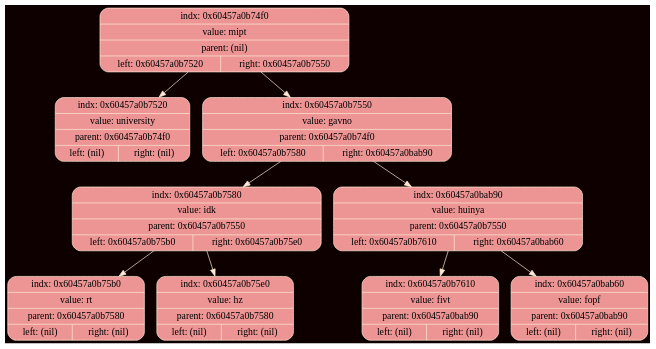
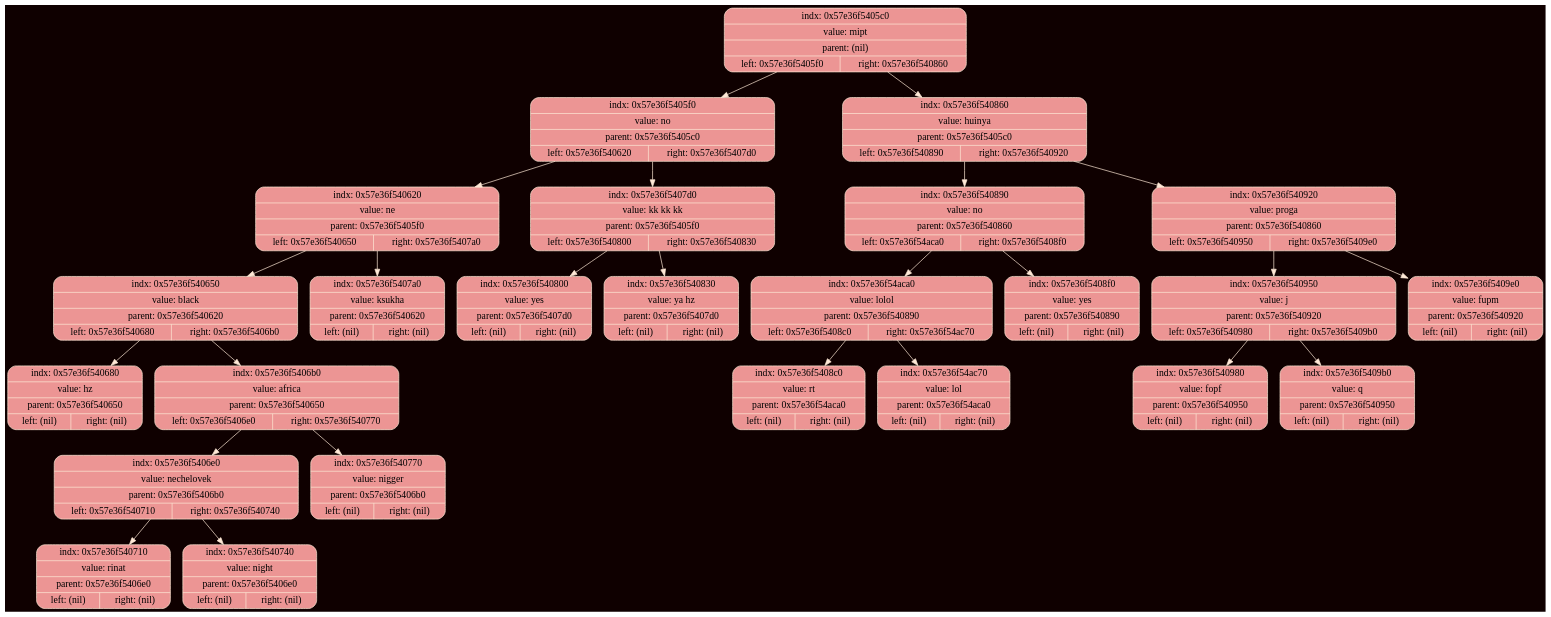
The diagram in debug/tree.dot (ksshkh/akinator), drawn with Graphviz before and after one commit. The commit also changed 11 other files, not shown here.

```diff
--- a/debug/tree.dot
+++ b/debug/tree.dot
@@ -1,23 +1,55 @@
 digraph Tree {
 	rankdir = TB;
 	node [shape = record];
-	edge[color = "#FEE8D6"];
+	edge [color = "#FEE8D6"];
 	bgcolor = "#0F0000";
-	node0x60457a0b74f0 [color = "#FEE8D6", shape = Mrecord, style = filled, fillcolor = "#EC9594", label = "{indx: 0x60457a0b74f0 | value: mipt | parent: (nil) | { left: 0x60457a0b7520 | right: 0x60457a0b7550}}"];
-		node0x60457a0b74f0 -> node0x60457a0b7520
-	node0x60457a0b7520 [color = "#FEE8D6", shape = Mrecord, style = filled, fillcolor = "#EC9594", label = "{indx: 0x60457a0b7520 | value: university | parent: 0x60457a0b74f0 | { left: (nil) | right: (nil)}}"];
-		node0x60457a0b74f0 -> node0x60457a0b7550
-	node0x60457a0b7550 [color = "#FEE8D6", shape = Mrecord, style = filled, fillcolor = "#EC9594", label = "{indx: 0x60457a0b7550 | value: gavno | parent: 0x60457a0b74f0 | { left: 0x60457a0b7580 | right: 0x60457a0bab90}}"];
-		node0x60457a0b7550 -> node0x60457a0b7580
-	node0x60457a0b7580 [color = "#FEE8D6", shape = Mrecord, style = filled, fillcolor = "#EC9594", label = "{indx: 0x60457a0b7580 | value: idk | parent: 0x60457a0b7550 | { left: 0x60457a0b75b0 | right: 0x60457a0b75e0}}"];
-		node0x60457a0b7580 -> node0x60457a0b75b0
-	node0x60457a0b75b0 [color = "#FEE8D6", shape = Mrecord, style = filled, fillcolor = "#EC9594", label = "{indx: 0x60457a0b75b0 | value: rt | parent: 0x60457a0b7580 | { left: (nil) | right: (nil)}}"];
-		node0x60457a0b7580 -> node0x60457a0b75e0
-	node0x60457a0b75e0 [color = "#FEE8D6", shape = Mrecord, style = filled, fillcolor = "#EC9594", label = "{indx: 0x60457a0b75e0 | value: hz | parent: 0x60457a0b7580 | { left: (nil) | right: (nil)}}"];
-		node0x60457a0b7550 -> node0x60457a0bab90
-	node0x60457a0bab90 [color = "#FEE8D6", shape = Mrecord, style = filled, fillcolor = "#EC9594", label = "{indx: 0x60457a0bab90 | value: huinya | parent: 0x60457a0b7550 | { left: 0x60457a0b7610 | right: 0x60457a0bab60}}"];
-		node0x60457a0bab90 -> node0x60457a0b7610
-	node0x60457a0b7610 [color = "#FEE8D6", shape = Mrecord, style = filled, fillcolor = "#EC9594", label = "{indx: 0x60457a0b7610 | value: fivt | parent: 0x60457a0bab90 | { left: (nil) | right: (nil)}}"];
-		node0x60457a0bab90 -> node0x60457a0bab60
-	node0x60457a0bab60 [color = "#FEE8D6", shape = Mrecord, style = filled, fillcolor = "#EC9594", label = "{indx: 0x60457a0bab60 | value: fopf | parent: 0x60457a0bab90 | { left: (nil) | right: (nil)}}"];
+	node0x57e36f5405c0 [color = "#FEE8D6", shape = Mrecord, style = filled, fillcolor = "#EC9594", label = "{indx: 0x57e36f5405c0 | value: mipt | parent: (nil) | { left: 0x57e36f5405f0 | right: 0x57e36f540860}}"];
+		node0x57e36f5405c0 -> node0x57e36f5405f0
+	node0x57e36f5405f0 [color = "#FEE8D6", shape = Mrecord, style = filled, fillcolor = "#EC9594", label = "{indx: 0x57e36f5405f0 | value: no | parent: 0x57e36f5405c0 | { left: 0x57e36f540620 | right: 0x57e36f5407d0}}"];
+		node0x57e36f5405f0 -> node0x57e36f540620
+	node0x57e36f540620 [color = "#FEE8D6", shape = Mrecord, style = filled, fillcolor = "#EC9594", label = "{indx: 0x57e36f540620 | value: ne | parent: 0x57e36f5405f0 | { left: 0x57e36f540650 | right: 0x57e36f5407a0}}"];
+		node0x57e36f540620 -> node0x57e36f540650
+	node0x57e36f540650 [color = "#FEE8D6", shape = Mrecord, style = filled, fillcolor = "#EC9594", label = "{indx: 0x57e36f540650 | value: black | parent: 0x57e36f540620 | { left: 0x57e36f540680 | right: 0x57e36f5406b0}}"];
+		node0x57e36f540650 -> node0x57e36f540680
+	node0x57e36f540680 [color = "#FEE8D6", shape = Mrecord, style = filled, fillcolor = "#EC9594", label = "{indx: 0x57e36f540680 | value: hz | parent: 0x57e36f540650 | { left: (nil) | right: (nil)}}"];
+		node0x57e36f540650 -> node0x57e36f5406b0
+	node0x57e36f5406b0 [color = "#FEE8D6", shape = Mrecord, style = filled, fillcolor = "#EC9594", label = "{indx: 0x57e36f5406b0 | value: africa | parent: 0x57e36f540650 | { left: 0x57e36f5406e0 | right: 0x57e36f540770}}"];
+		node0x57e36f5406b0 -> node0x57e36f5406e0
+	node0x57e36f5406e0 [color = "#FEE8D6", shape = Mrecord, style = filled, fillcolor = "#EC9594", label = "{indx: 0x57e36f5406e0 | value: nechelovek | parent: 0x57e36f5406b0 | { left: 0x57e36f540710 | right: 0x57e36f540740}}"];
+		node0x57e36f5406e0 -> node0x57e36f540710
+	node0x57e36f540710 [color = "#FEE8D6", shape = Mrecord, style = filled, fillcolor = "#EC9594", label = "{indx: 0x57e36f540710 | value: rinat | parent: 0x57e36f5406e0 | { left: (nil) | right: (nil)}}"];
+		node0x57e36f5406e0 -> node0x57e36f540740
+	node0x57e36f540740 [color = "#FEE8D6", shape = Mrecord, style = filled, fillcolor = "#EC9594", label = "{indx: 0x57e36f540740 | value: night | parent: 0x57e36f5406e0 | { left: (nil) | right: (nil)}}"];
+		node0x57e36f5406b0 -> node0x57e36f540770
+	node0x57e36f540770 [color = "#FEE8D6", shape = Mrecord, style = filled, fillcolor = "#EC9594", label = "{indx: 0x57e36f540770 | value: nigger | parent: 0x57e36f5406b0 | { left: (nil) | right: (nil)}}"];
+		node0x57e36f540620 -> node0x57e36f5407a0
+	node0x57e36f5407a0 [color = "#FEE8D6", shape = Mrecord, style = filled, fillcolor = "#EC9594", label = "{indx: 0x57e36f5407a0 | value: ksukha | parent: 0x57e36f540620 | { left: (nil) | right: (nil)}}"];
+		node0x57e36f5405f0 -> node0x57e36f5407d0
+	node0x57e36f5407d0 [color = "#FEE8D6", shape = Mrecord, style = filled, fillcolor = "#EC9594", label = "{indx: 0x57e36f5407d0 | value: kk kk kk | parent: 0x57e36f5405f0 | { left: 0x57e36f540800 | right: 0x57e36f540830}}"];
+		node0x57e36f5407d0 -> node0x57e36f540800
+	node0x57e36f540800 [color = "#FEE8D6", shape = Mrecord, style = filled, fillcolor = "#EC9594", label = "{indx: 0x57e36f540800 | value: yes | parent: 0x57e36f5407d0 | { left: (nil) | right: (nil)}}"];
+		node0x57e36f5407d0 -> node0x57e36f540830
+	node0x57e36f540830 [color = "#FEE8D6", shape = Mrecord, style = filled, fillcolor = "#EC9594", label = "{indx: 0x57e36f540830 | value: ya hz | parent: 0x57e36f5407d0 | { left: (nil) | right: (nil)}}"];
+		node0x57e36f5405c0 -> node0x57e36f540860
+	node0x57e36f540860 [color = "#FEE8D6", shape = Mrecord, style = filled, fillcolor = "#EC9594", label = "{indx: 0x57e36f540860 | value: huinya | parent: 0x57e36f5405c0 | { left: 0x57e36f540890 | right: 0x57e36f540920}}"];
+		node0x57e36f540860 -> node0x57e36f540890
+	node0x57e36f540890 [color = "#FEE8D6", shape = Mrecord, style = filled, fillcolor = "#EC9594", label = "{indx: 0x57e36f540890 | value: no | parent: 0x57e36f540860 | { left: 0x57e36f54aca0 | right: 0x57e36f5408f0}}"];
+		node0x57e36f540890 -> node0x57e36f54aca0
+	node0x57e36f54aca0 [color = "#FEE8D6", shape = Mrecord, style = filled, fillcolor = "#EC9594", label = "{indx: 0x57e36f54aca0 | value: lolol | parent: 0x57e36f540890 | { left: 0x57e36f5408c0 | right: 0x57e36f54ac70}}"];
+		node0x57e36f54aca0 -> node0x57e36f5408c0
+	node0x57e36f5408c0 [color = "#FEE8D6", shape = Mrecord, style = filled, fillcolor = "#EC9594", label = "{indx: 0x57e36f5408c0 | value: rt | parent: 0x57e36f54aca0 | { left: (nil) | right: (nil)}}"];
+		node0x57e36f54aca0 -> node0x57e36f54ac70
+	node0x57e36f54ac70 [color = "#FEE8D6", shape = Mrecord, style = filled, fillcolor = "#EC9594", label = "{indx: 0x57e36f54ac70 | value: lol | parent: 0x57e36f54aca0 | { left: (nil) | right: (nil)}}"];
+		node0x57e36f540890 -> node0x57e36f5408f0
+	node0x57e36f5408f0 [color = "#FEE8D6", shape = Mrecord, style = filled, fillcolor = "#EC9594", label = "{indx: 0x57e36f5408f0 | value: yes | parent: 0x57e36f540890 | { left: (nil) | right: (nil)}}"];
+		node0x57e36f540860 -> node0x57e36f540920
+	node0x57e36f540920 [color = "#FEE8D6", shape = Mrecord, style = filled, fillcolor = "#EC9594", label = "{indx: 0x57e36f540920 | value: proga | parent: 0x57e36f540860 | { left: 0x57e36f540950 | right: 0x57e36f5409e0}}"];
+		node0x57e36f540920 -> node0x57e36f540950
+	node0x57e36f540950 [color = "#FEE8D6", shape = Mrecord, style = filled, fillcolor = "#EC9594", label = "{indx: 0x57e36f540950 | value: j | parent: 0x57e36f540920 | { left: 0x57e36f540980 | right: 0x57e36f5409b0}}"];
+		node0x57e36f540950 -> node0x57e36f540980
+	node0x57e36f540980 [color = "#FEE8D6", shape = Mrecord, style = filled, fillcolor = "#EC9594", label = "{indx: 0x57e36f540980 | value: fopf | parent: 0x57e36f540950 | { left: (nil) | right: (nil)}}"];
+		node0x57e36f540950 -> node0x57e36f5409b0
+	node0x57e36f5409b0 [color = "#FEE8D6", shape = Mrecord, style = filled, fillcolor = "#EC9594", label = "{indx: 0x57e36f5409b0 | value: q | parent: 0x57e36f540950 | { left: (nil) | right: (nil)}}"];
+		node0x57e36f540920 -> node0x57e36f5409e0
+	node0x57e36f5409e0 [color = "#FEE8D6", shape = Mrecord, style = filled, fillcolor = "#EC9594", label = "{indx: 0x57e36f5409e0 | value: fupm | parent: 0x57e36f540920 | { left: (nil) | right: (nil)}}"];
 }
```
